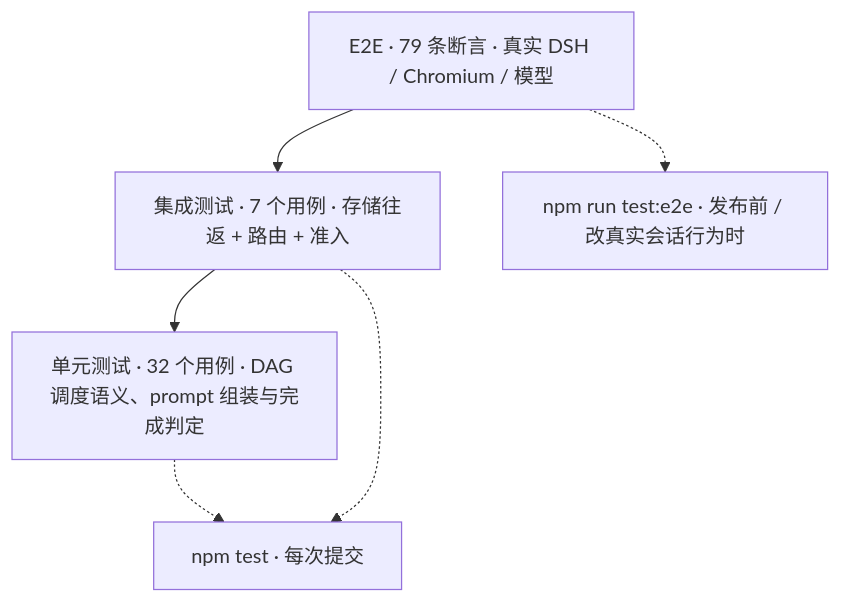
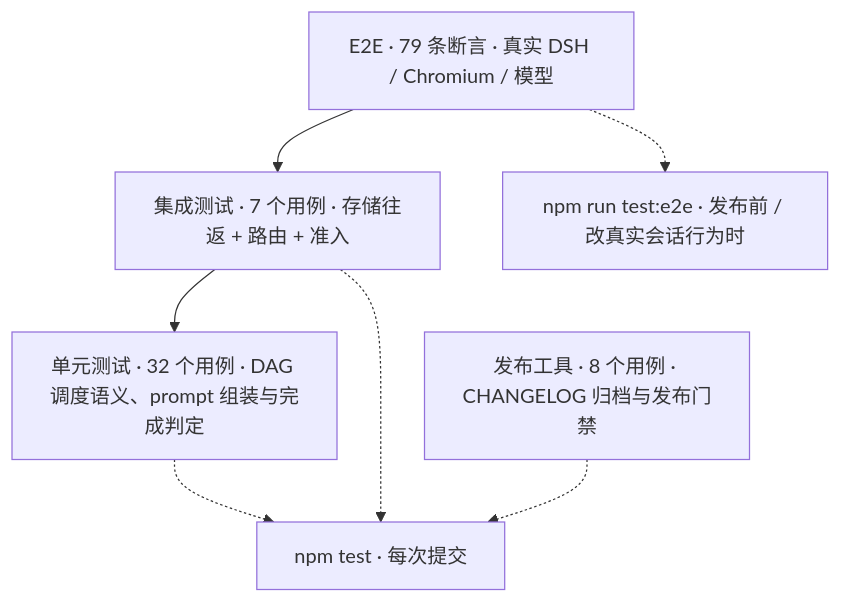
Before and after one commit to czyt1988/dsh-workflow-orchestrator: the first of 2 diagrams in docs/dev/testing.md, drawn with Mermaid. The commit also changed other lines of this file and 22 other files, not shown here.

````diff
--- a/docs/dev/testing.md
+++ b/docs/dev/testing.md
@@ -13,10 +14,12 @@
 ```mermaid
 flowchart TB
   A["E2E · 79 条断言 · 真实 DSH / Chromium / 模型"]
   B["集成测试 · 7 个用例 · 存储往返 + 路由 + 准入"]
   C["单元测试 · 32 个用例 · DAG 调度语义、prompt 组装与完成判定"]
+  D["发布工具 · 8 个用例 · CHANGELOG 归档与发布门禁"]
   A --> B --> C
-  C -.-> D["npm test · 每次提交"]
-  B -.-> D
-  A -.-> E["npm run test:e2e · 发布前 / 改真实会话行为时"]
+  C -.-> E["npm test · 每次提交"]
+  B -.-> E
+  D -.-> E
+  A -.-> F["npm run test:e2e · 发布前 / 改真实会话行为时"]
 ```
````
